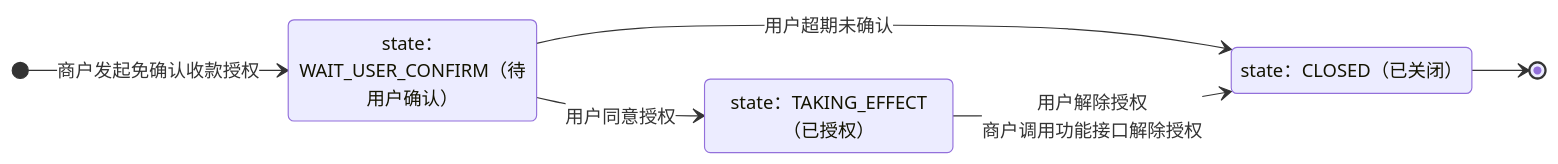
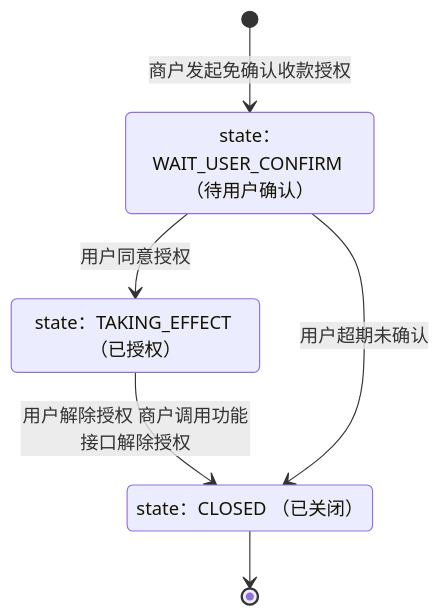
One commit to minibear2021/wechatpay_docs changed the eighth of 9 diagrams in docs/merchant/pages/4012715211.md. Above: the diagram before and after it, drawn with Mermaid. The commit also changed other lines of this file and 46 other files, not shown here.

````diff
--- a/docs/merchant/pages/4012715211.md
+++ b/docs/merchant/pages/4012715211.md
@@ -328,14 +306,11 @@
 ```mermaid
-%%{init: {'themeVariables':{'edgeLabelBackground':'#ffffff'}}}%%
 stateDiagram-v2
-    direction LR
-    state "state：WAIT_USER_CONFIRM（待用户确认）" as S2
-    state "state：TAKING_EFFECT（已授权）" as S3
-    state "state：CLOSED（已关闭）" as S4
-
-    [*] --> S2: 商户发起免确认收款授权
-    S2 --> S3: 用户同意授权
-    S2 --> S4: 用户超期未确认
-    S3 --> S4: 用户解除授权<br/>商户调用功能接口解除授权
-    S4 --> [*]
+  state "state：WAIT_USER_CONFIRM （待用户确认）" as S0
+  state "state：TAKING_EFFECT （已授权）" as S1
+  state "state：CLOSED （已关闭）" as S2
+  [*] --> S0 : 商户发起免确认收款授权
+  S0 --> S1 : 用户同意授权
+  S1 --> S2 : 用户解除授权 商户调用功能接口解除授权
+  S0 --> S2 : 用户超期未确认
+  S2 --> [*]
 ```
````
